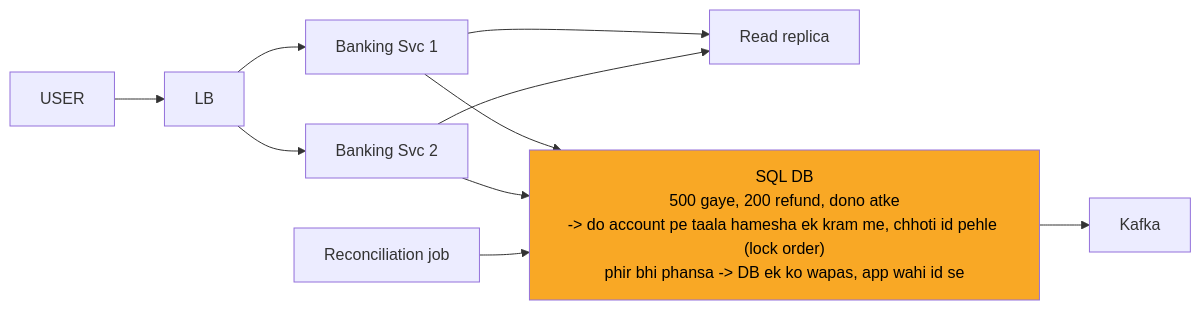
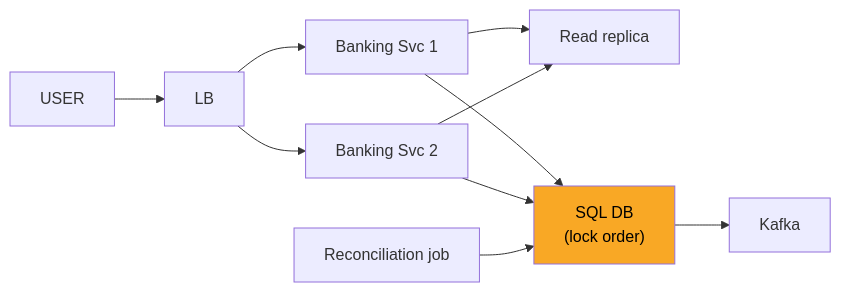
One commit to ArpanMaheshwari144/Prep changed the diagram in 04_HLD/SYSTEM_DESIGNS/13_banking_system/img/c9.mmd. Above: the diagram before and after it, drawn with Mermaid. The commit also changed 46 other files, not shown here.

```diff
--- a/04_HLD/SYSTEM_DESIGNS/13_banking_system/img/c9.mmd
+++ b/04_HLD/SYSTEM_DESIGNS/13_banking_system/img/c9.mmd
@@ -1,20 +1,20 @@
 %%{init: {"flowchart": {"wrappingWidth": 450}}}%%
 flowchart LR
     n_USER["USER"]
     n_LB["LB"]
     n_S1["Banking Svc 1"]
     n_S2["Banking Svc 2"]
     n_RR["Read replica"]
-    n_DB["SQL DB<br/>500 gaye, 200 refund, dono atke<br/>-> do account pe taala hamesha ek kram me, chhoti id pehle (lock order)<br/>phir bhi phansa -> DB ek ko wapas, app wahi id se"]
+    n_DB["SQL DB<br/>(lock order)"]
     n_K["Kafka"]
     n_REC["Reconciliation job"]
     n_USER --> n_LB
     n_LB --> n_S1
     n_LB --> n_S2
     n_S1 --> n_RR
     n_S2 --> n_RR
     n_S1 --> n_DB
     n_S2 --> n_DB
     n_DB --> n_K
     n_REC --> n_DB
     style n_DB fill:#f9a825,color:#000
```
